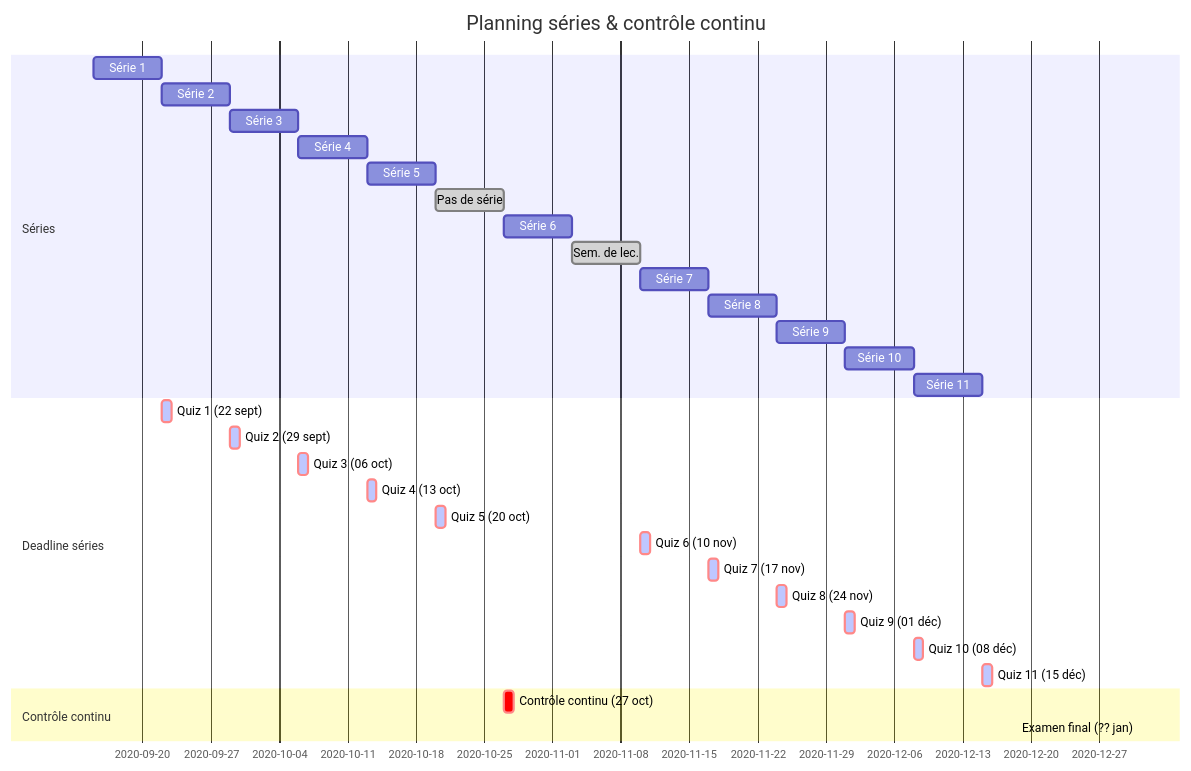
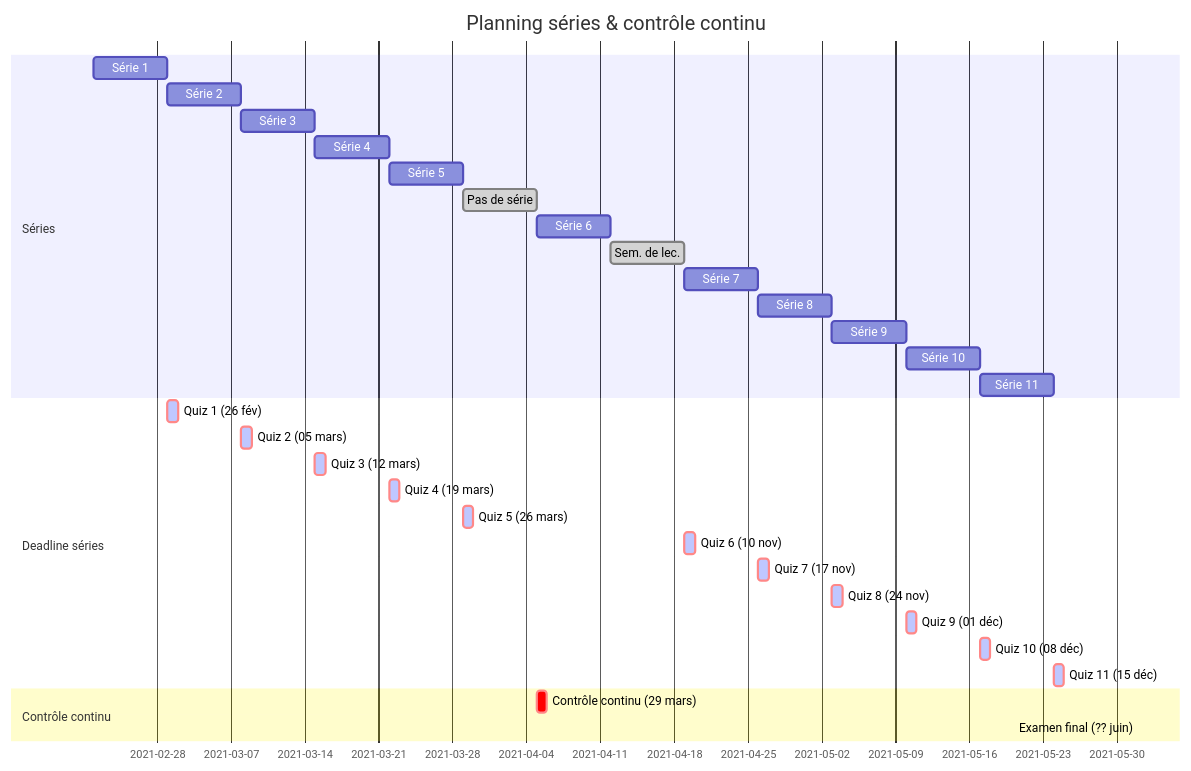
The diagram in content/Syllabus/eval.md (mucyok/mathI-website-GSI), drawn with Mermaid before and after one commit. The commit also changed other lines of this file and 2 other files, not shown here.

```diff
--- a/content/Syllabus/eval.md
+++ b/content/Syllabus/eval.md
@@ -41,34 +41,34 @@
 {{<mermaid>}}
 gantt
         dateFormat  YYYY-MM-DD
         title Planning séries & contrôle continu
         section Séries 
-        Série 1            :    des1, 2020-09-15, 7d
+        Série 1            :    des1, 2021-02-22, 7d
         Série 2            :    des2, after des1, 7d
         Série 3            :    des3, after des2, 7d
         Série 4            :    des4, after des3, 7d
         Série 5            :    des5, after des4, 7d
         Pas de série       :done,    des6, after des5, 7d
         Série 6            :    des7, after des6, 7d
         Sem. de lec. :done,  des8, after des7, 7d
         Série 7            :    des9, after des8, 7d
         Série 8            :    des10, after des9, 7d
         Série 9            :    des11, after des10, 7d
         Série 10           :    des12, after des11, 7d
         Série 11           :    des13, after des12, 7d
         section Deadline séries
-        Quiz 1 (22 sept)            :crit, active, after des1, 1d
-        Quiz 2 (29 sept)            :crit, active, after des2, 1d
-        Quiz 3 (06 oct)             :crit, active, after des3, 1d
-        Quiz 4 (13 oct)             :crit, active, after des4, 1d
-        Quiz 5 (20 oct)             :crit, active, after des5, 1d
+        Quiz 1 (26 fév)            :crit, active, after des1, 1d
+        Quiz 2 (05 mars)            :crit, active, after des2, 1d
+        Quiz 3 (12 mars)             :crit, active, after des3, 1d
+        Quiz 4 (19 mars)             :crit, active, after des4, 1d
+        Quiz 5 (26 mars)             :crit, active, after des5, 1d
         Quiz 6 (10 nov)             :crit, active, after des8, 1d
         Quiz 7 (17 nov)             :crit, active, after des9, 1d
         Quiz 8 (24 nov)             :crit, active, after des10, 1d
         Quiz 9 (01 déc)             :crit, active, after des11, 1d
         Quiz 10 (08 déc)             :crit, active, after des12, 1d
         Quiz 11 (15 déc)             :crit, active, after des13, 1d
         section Contrôle continu 
-        Contrôle continu (27 oct)          :crit, after des6, 1d
-        Examen final (?? jan)              :crit, 2020-12-31, 1h
+        Contrôle continu (29 mars)          :crit, after des6, 1d
+        Examen final (?? juin)              :crit, 2021-06-01, 1h
 {{< /mermaid >}}
```
